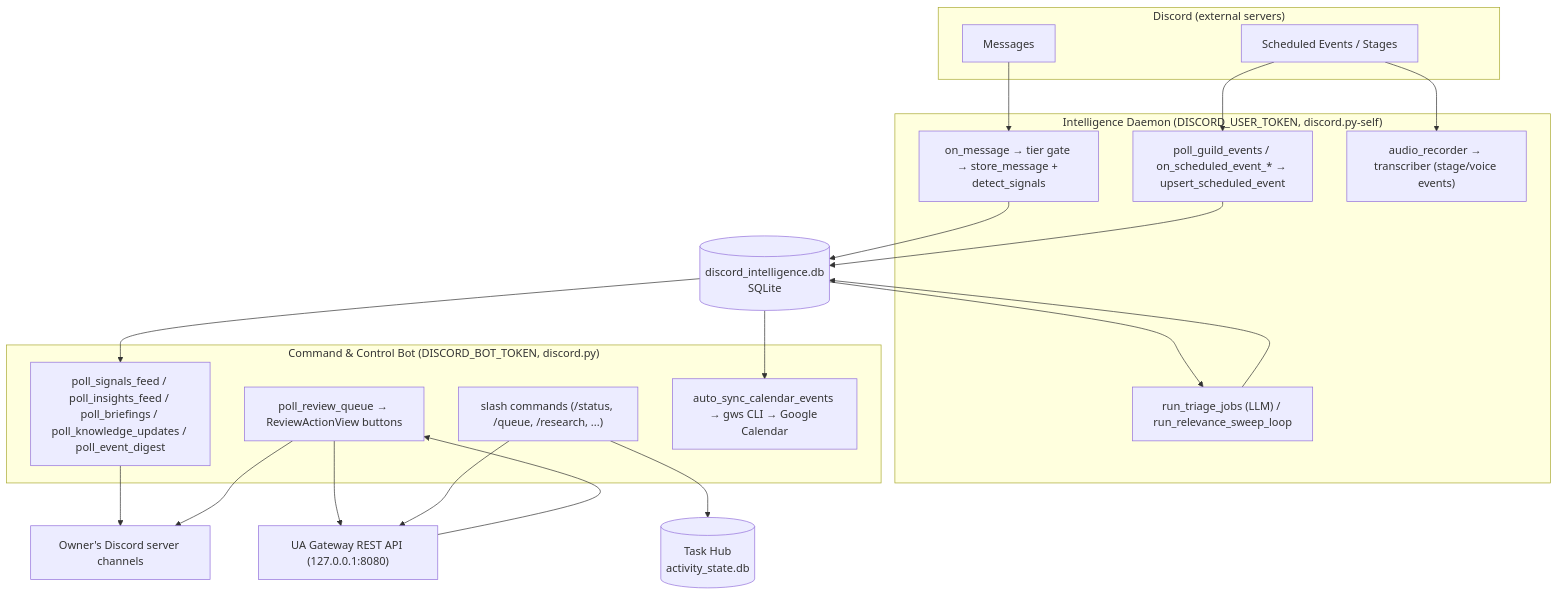
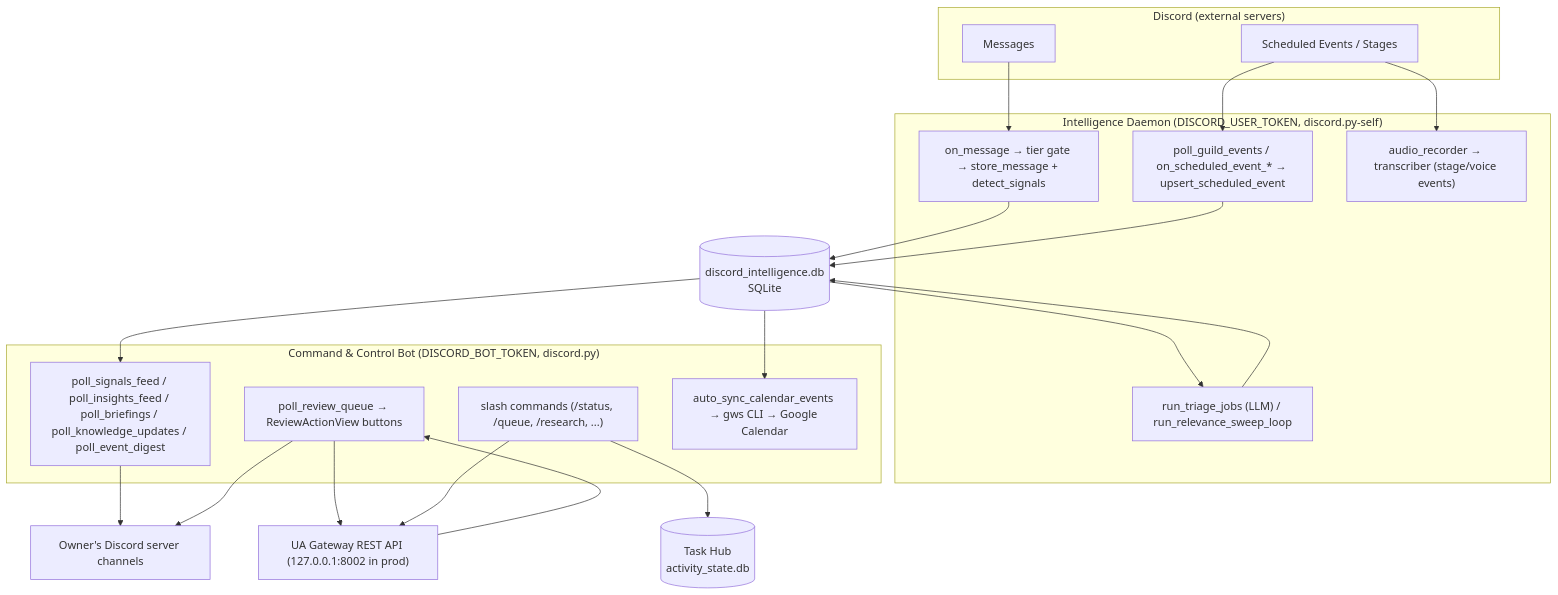
Before and after one commit to Kjdragan/universal_agent: the diagram in project_docs/05_channels/04_discord_ops.md, drawn with Mermaid. The commit also changed other lines of this file and 34 other files, not shown here.

````diff
--- a/project_docs/05_channels/04_discord_ops.md
+++ b/project_docs/05_channels/04_discord_ops.md
@@ -54,37 +61,37 @@
 ```mermaid
 flowchart TB
     subgraph DiscordCloud["Discord (external servers)"]
       MSG[Messages]
       EVT[Scheduled Events / Stages]
     end
 
     subgraph Daemon["Intelligence Daemon (DISCORD_USER_TOKEN, discord.py-self)"]
       ON_MSG["on_message → tier gate → store_message + detect_signals"]
       POLL_EVT["poll_guild_events / on_scheduled_event_* → upsert_scheduled_event"]
       AUDIO["audio_recorder → transcriber (stage/voice events)"]
       TRIAGE["run_triage_jobs (LLM) / run_relevance_sweep_loop"]
     end
 
     DB[(discord_intelligence.db<br/>SQLite)]
 
     subgraph CCBot["Command & Control Bot (DISCORD_BOT_TOKEN, discord.py)"]
       FEEDS["poll_signals_feed / poll_insights_feed / poll_briefings / poll_knowledge_updates / poll_event_digest"]
       REVIEW["poll_review_queue → ReviewActionView buttons"]
       SLASH["slash commands (/status, /queue, /research, ...)"]
       CALSYNC["auto_sync_calendar_events → gws CLI → Google Calendar"]
     end
 
-    GATEWAY["UA Gateway REST API (127.0.0.1:8080)"]
+    GATEWAY["UA Gateway REST API (127.0.0.1:8002 in prod)"]
     TASKHUB[(Task Hub<br/>activity_state.db)]
 
     MSG --> ON_MSG --> DB
     EVT --> POLL_EVT --> DB
     EVT --> AUDIO
     DB --> TRIAGE --> DB
     DB --> FEEDS --> OwnerServer["Owner's Discord server channels"]
     GATEWAY --> REVIEW --> OwnerServer
     REVIEW --> GATEWAY
     SLASH --> TASKHUB
     SLASH --> GATEWAY
     DB --> CALSYNC
 ```
````
